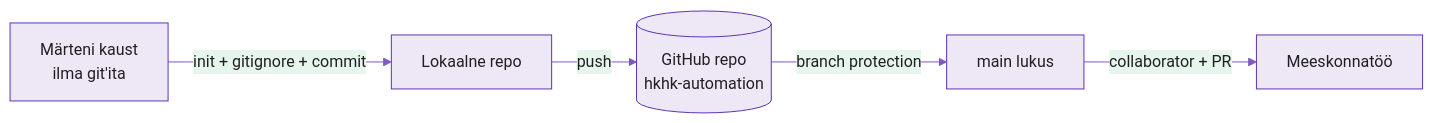
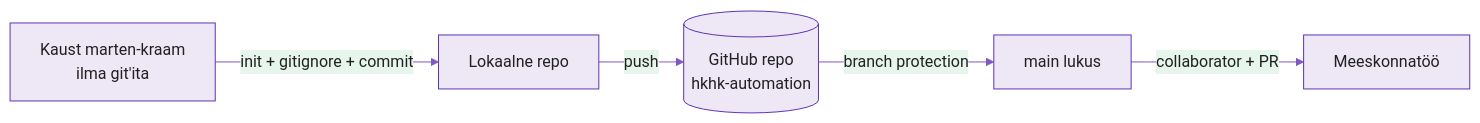
Before and after one commit to hkhk-automation/devops: the diagram in docs/week02/lab.md, drawn with Mermaid. The commit also changed other lines of this file and 12 other files, not shown here.

````diff
--- a/docs/week02/lab.md
+++ b/docs/week02/lab.md
@@ -39,8 +32,8 @@
 ```mermaid
 %%{init: {'theme':'base','themeVariables':{'primaryColor':'#ede7f6','primaryBorderColor':'#5e35b1','primaryTextColor':'#212121','lineColor':'#7e57c2'}}}%%
 graph LR
-    A[Märteni kaust<br/>ilma git'ita] -->|init + gitignore + commit| B[Lokaalne repo]
+    A[Kaust marten-kraam<br/>ilma git'ita] -->|init + gitignore + commit| B[Lokaalne repo]
     B -->|push| C[(GitHub repo<br/>hkhk-automation)]
     C -->|branch protection| D[main lukus]
     D -->|collaborator + PR| E[Meeskonnatöö]
 ```
````
